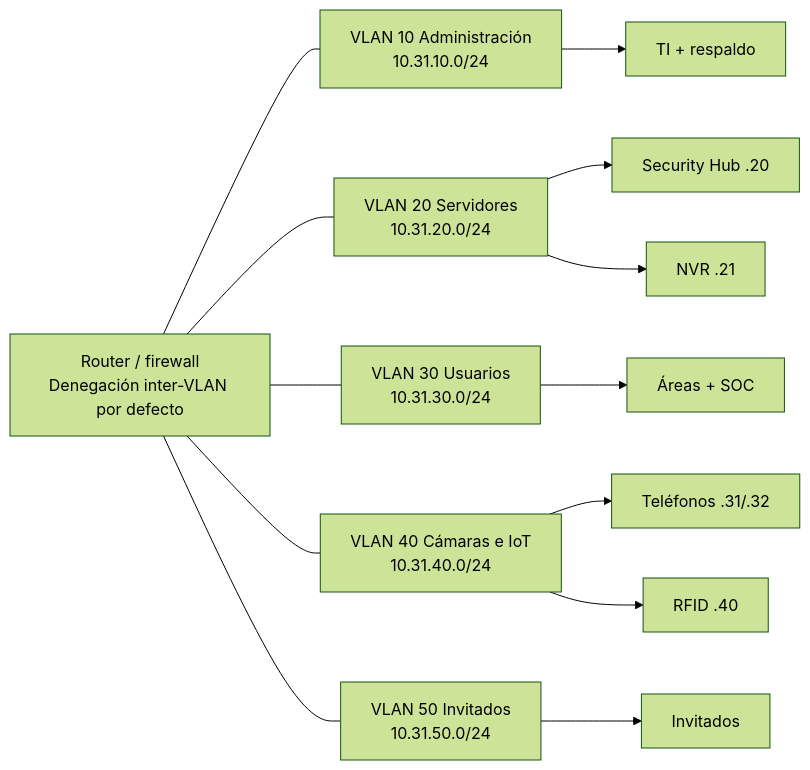
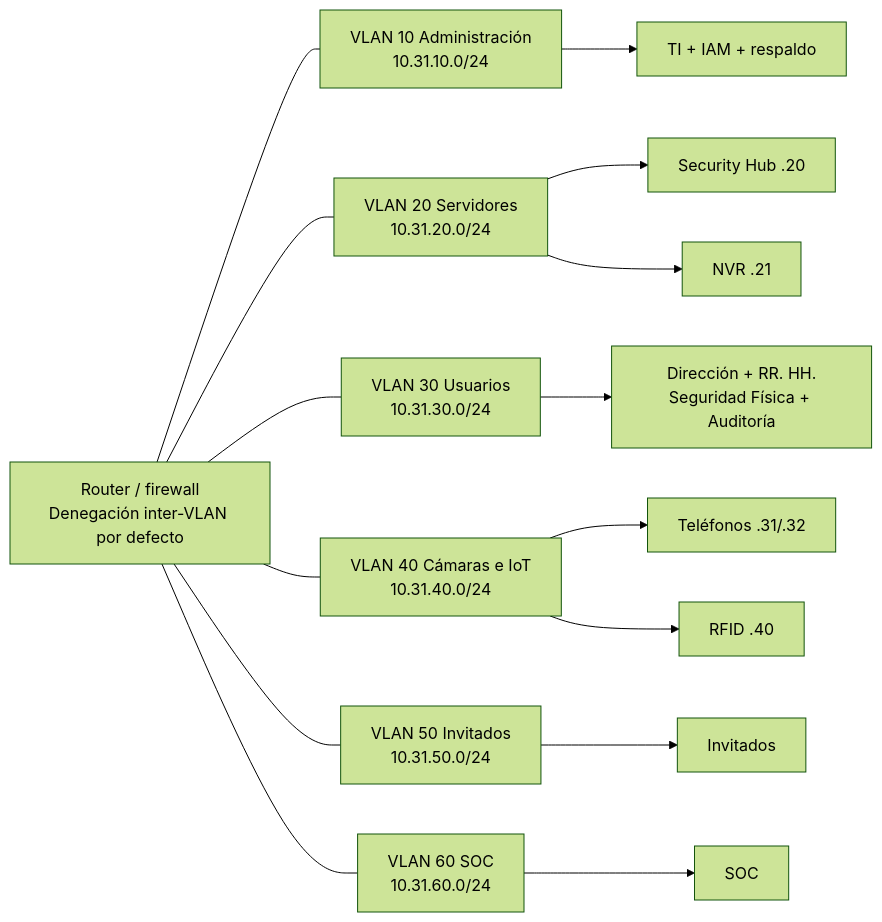
The diagram in diagramas/02_VLANS_Y_SUBREDES.md (ElShapie/security-hub-infrastructure), drawn with Mermaid (forest theme) before and after one commit. The commit also changed 4 other files, not shown here.

````diff
--- a/diagramas/02_VLANS_Y_SUBREDES.md
+++ b/diagramas/02_VLANS_Y_SUBREDES.md
@@ -3,23 +3,26 @@
 ```mermaid
 flowchart LR
     FW[Router / firewall<br/>Denegación inter-VLAN por defecto]
     V10[VLAN 10 Administración<br/>10.31.10.0/24]
     V20[VLAN 20 Servidores<br/>10.31.20.0/24]
     V30[VLAN 30 Usuarios<br/>10.31.30.0/24]
     V40[VLAN 40 Cámaras e IoT<br/>10.31.40.0/24]
     V50[VLAN 50 Invitados<br/>10.31.50.0/24]
+    V60[VLAN 60 SOC<br/>10.31.60.0/24]
 
     FW --- V10
     FW --- V20
     FW --- V30
     FW --- V40
     FW --- V50
+    FW --- V60
 
-    V10 --> TI[TI + respaldo]
+    V10 --> TI[TI + IAM + respaldo]
     V20 --> HUB[Security Hub .20]
     V20 --> NVR[NVR .21]
-    V30 --> USERS[Áreas + SOC]
+    V30 --> USERS[Dirección + RR. HH.<br/>Seguridad Física + Auditoría]
     V40 --> CAMS[Teléfonos .31/.32]
     V40 --> READER[RFID .40]
     V50 --> GUESTS[Invitados]
+    V60 --> SOC[SOC]
 ```
````
